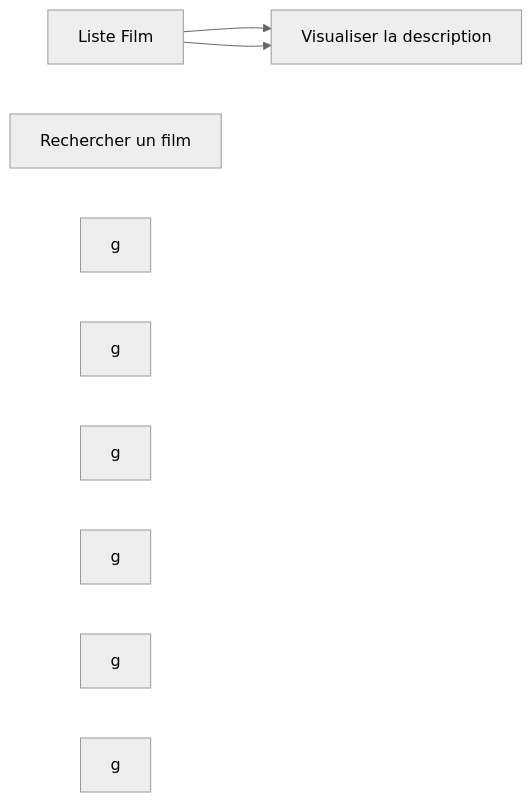
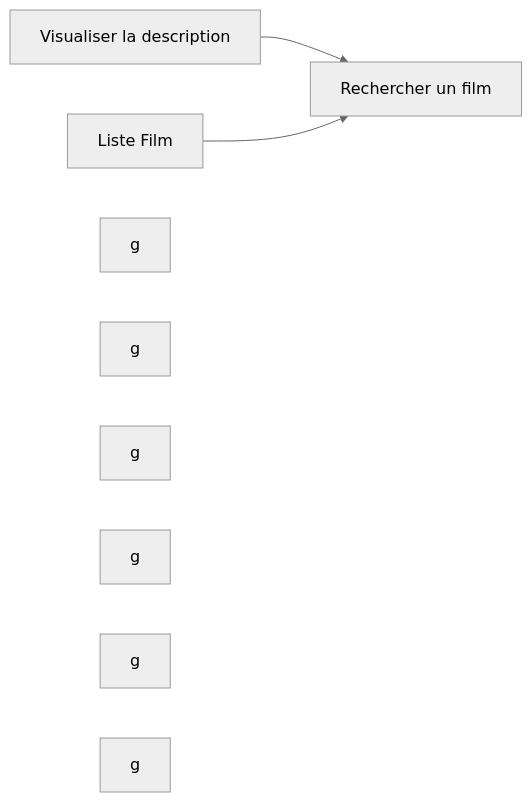
One commit to Remynder0/cours_BUT_24-25 changed the first of 3 diagrams in README.md. Above: the diagram before and after it, drawn with Mermaid (neutral theme). The commit also changed other lines of this file, not shown here.

Commit message:
README.md updated from https://stackedit.io/

````diff
--- a/README.md
+++ b/README.md
@@ -120,17 +120,17 @@
 ```mermaid
 graph LR
 
 A[Liste Film]
 B[Visualiser la description]
 C[Rechercher un film]
 D[g] 
 E[g] 
 F[g]
 G[g] 
 H[g] 
 I[g]
 
-A --> B
-A --> B
+B --> C
+A --> C
 
 ```
````
